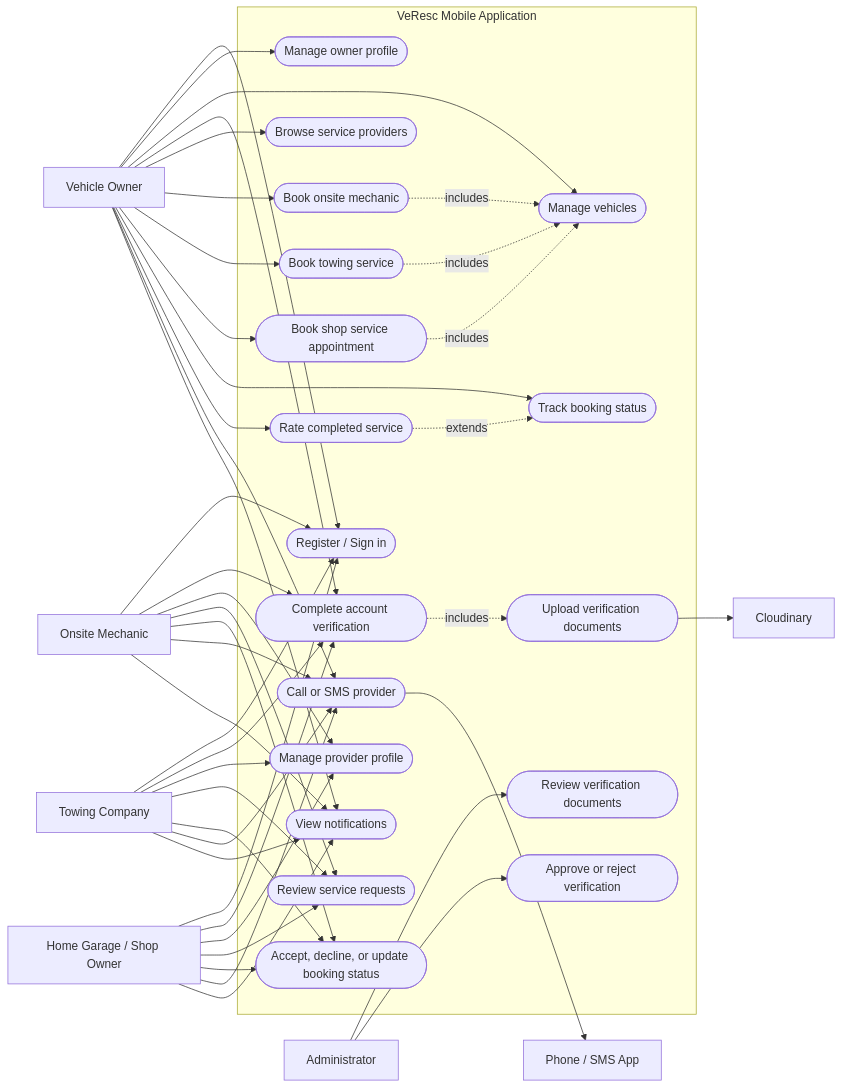
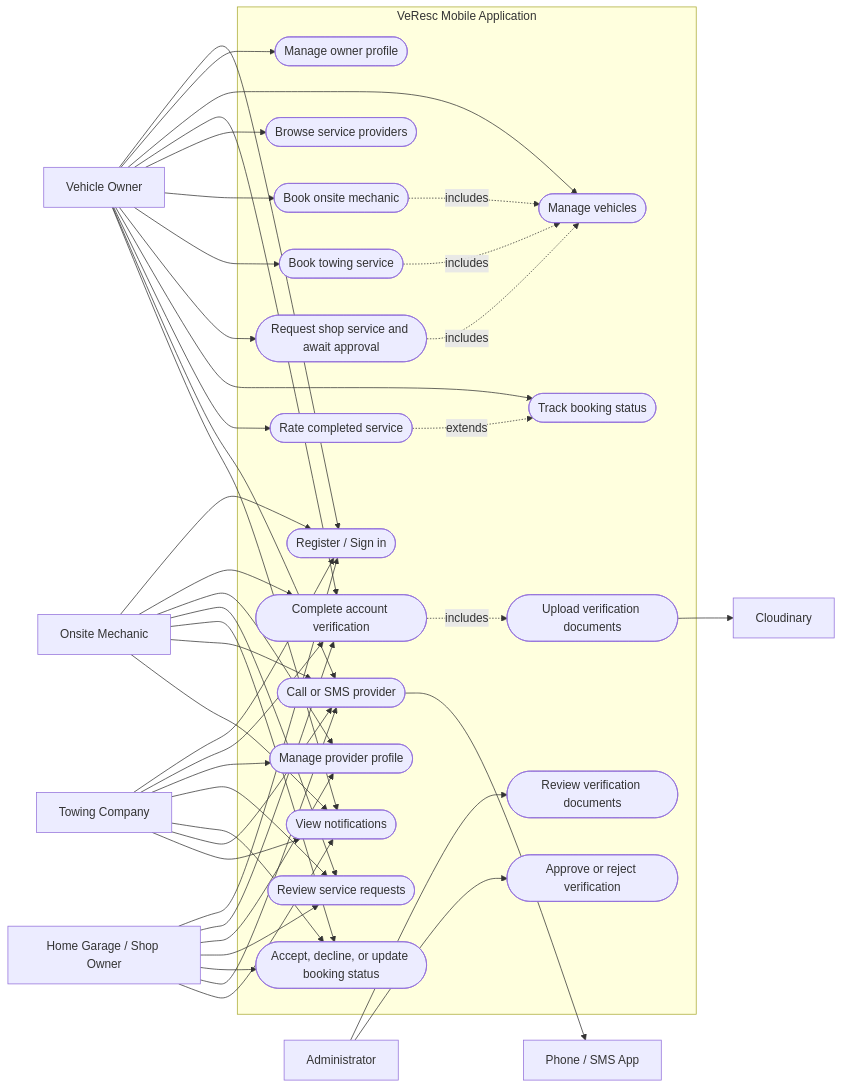
Before and after one commit to JustineShook/capstone-project: the diagram in docs/UseCaseDiagram.md, drawn with Mermaid. The commit also changed other lines of this file and 48 other files, not shown here.

Commit message:
Update provider dashboards and booking flows

````diff
--- a/docs/UseCaseDiagram.md
+++ b/docs/UseCaseDiagram.md
@@ -3,79 +3,79 @@
 ```mermaid
 flowchart LR
     Owner[Vehicle Owner]
     Mechanic[Onsite Mechanic]
     Towing[Towing Company]
     Shop[Home Garage / Shop Owner]
     Admin[Administrator]
     Cloudinary[Cloudinary]
     Device[Phone / SMS App]
 
     subgraph VeResc[VeResc Mobile Application]
         UC1([Register / Sign in])
         UC2([Manage owner profile])
         UC3([Manage vehicles])
         UC4([Complete account verification])
         UC5([Upload verification documents])
         UC6([Browse service providers])
         UC7([Book onsite mechanic])
         UC8([Book towing service])
-        UC9([Book shop service appointment])
+        UC9([Request shop service and await approval])
         UC10([Track booking status])
         UC11([Rate completed service])
         UC12([Call or SMS provider])
         UC13([View notifications])
         UC14([Manage provider profile])
         UC15([Review service requests])
         UC16([Accept, decline, or update booking status])
         UC17([Review verification documents])
         UC18([Approve or reject verification])
     end
 
     Owner --> UC1
     Owner --> UC2
     Owner --> UC3
     Owner --> UC4
     Owner --> UC6
     Owner --> UC7
     Owner --> UC8
     Owner --> UC9
     Owner --> UC10
     Owner --> UC11
     Owner --> UC12
     Owner --> UC13
 
     Mechanic --> UC1
     Mechanic --> UC4
     Mechanic --> UC14
     Mechanic --> UC15
     Mechanic --> UC16
     Mechanic --> UC12
     Mechanic --> UC13
 
     Towing --> UC1
     Towing --> UC4
     Towing --> UC14
     Towing --> UC15
     Towing --> UC16
     Towing --> UC12
     Towing --> UC13
 
     Shop --> UC1
     Shop --> UC4
     Shop --> UC14
     Shop --> UC15
     Shop --> UC16
     Shop --> UC12
     Shop --> UC13
 
     Admin --> UC17
     Admin --> UC18
 
     UC4 -. includes .-> UC5
     UC7 -. includes .-> UC3
     UC8 -. includes .-> UC3
     UC9 -. includes .-> UC3
     UC11 -. extends .-> UC10
     UC5 --> Cloudinary
     UC12 --> Device
 ```
````
